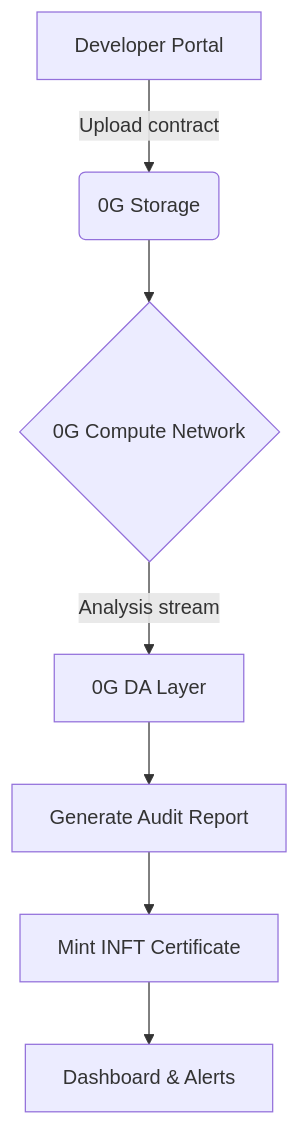
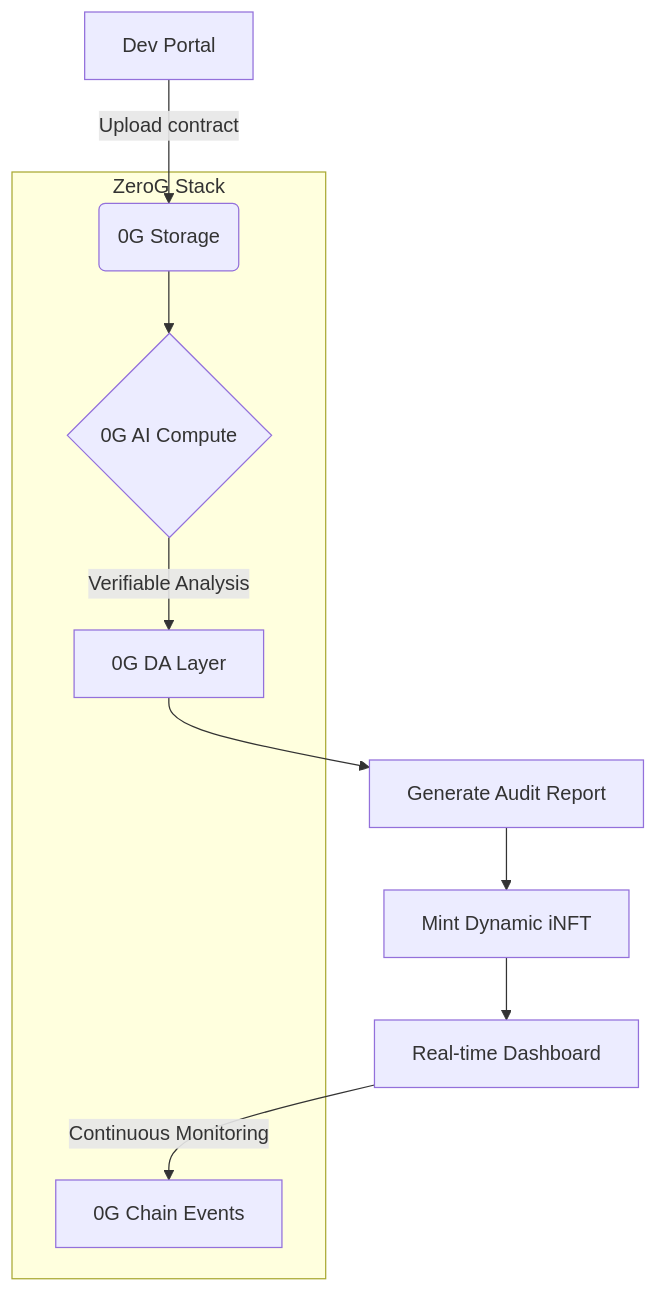
The diagram in README.md (GauravKarakoti/ChainSage), drawn with Mermaid before and after one commit. The commit also changed other lines of this file, not shown here.

````diff
--- a/README.md
+++ b/README.md
@@ -12,9 +17,17 @@
 ```mermaid
 graph TD
-    A[Developer Portal] -->|Upload contract| B(0G Storage)
-    B --> C{0G Compute Network}
-    C -->|Analysis stream| D[0G DA Layer]
+    A[Dev Portal] -->|Upload contract| B(0G Storage)
+    B --> C{0G AI Compute}
+    C -->|Verifiable Analysis| D[0G DA Layer]
     D --> E[Generate Audit Report]
-    E --> F[Mint INFT Certificate]
-    F --> G[Dashboard & Alerts]
+    E --> F[Mint Dynamic iNFT]
+    F --> G[Real-time Dashboard]
+    G -->|Continuous Monitoring| H[0G Chain Events]
+    
+    subgraph ZeroG Stack
+        B
+        C
+        D
+        H
+    end
 ```
````
